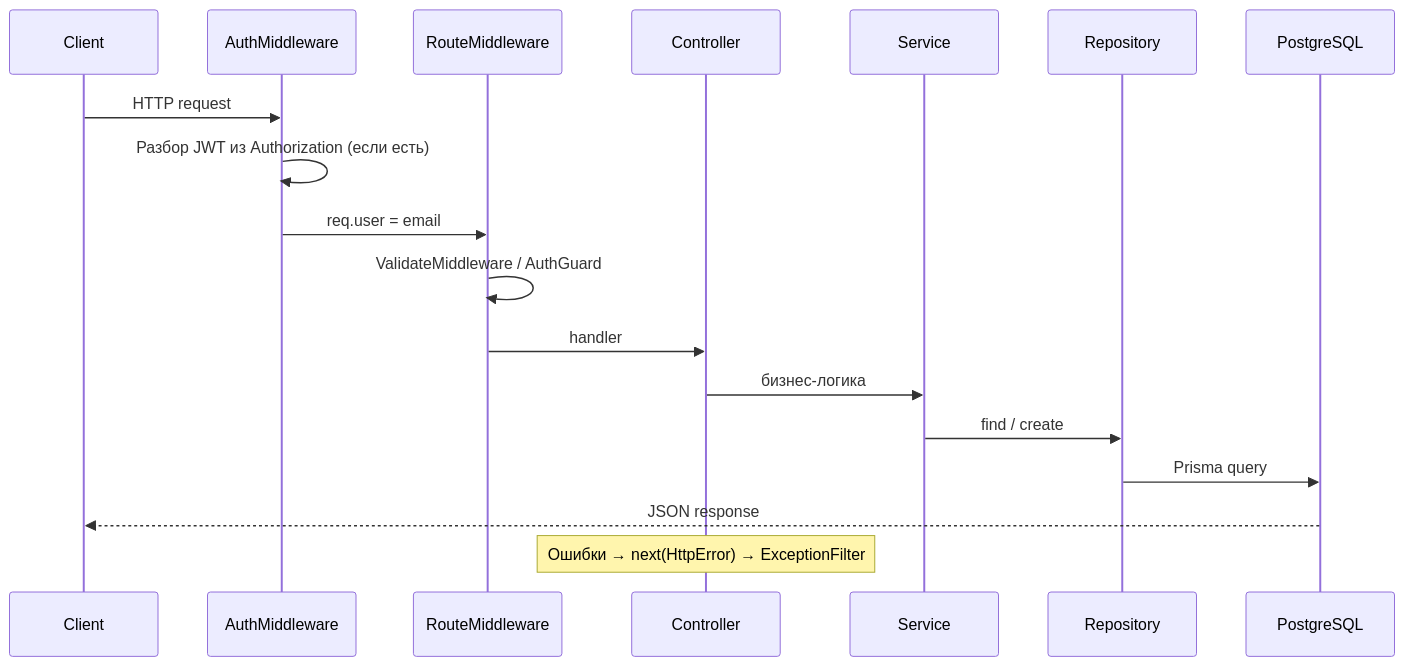
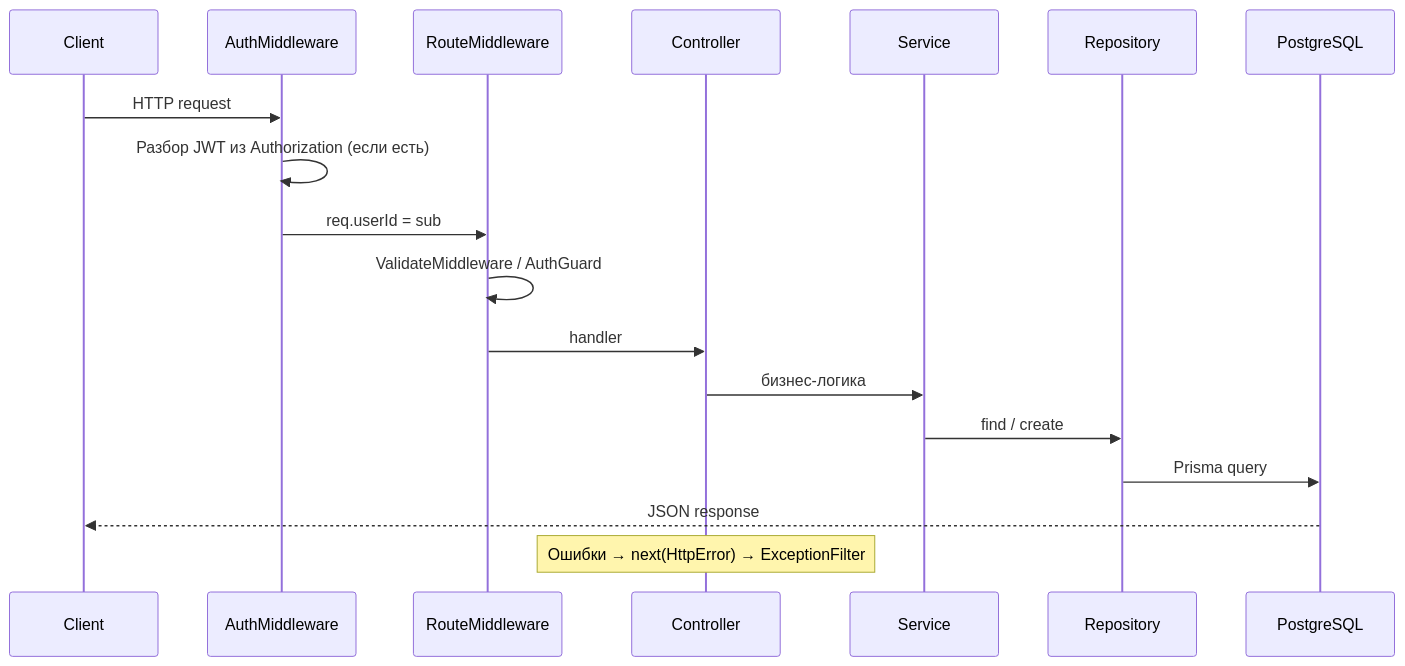
Before and after one commit to olegLobov2802/express-app: the second of 2 diagrams in ARCHITECTURE.md, drawn with Mermaid. The commit also changed other lines of this file and 21 other files, not shown here.

Commit message:
Use JWT sub (user id) as the primary auth identifier.

````diff
--- a/ARCHITECTURE.md
+++ b/ARCHITECTURE.md
@@ -90,21 +90,21 @@
 ```mermaid
 sequenceDiagram
   participant Client
   participant AuthMW as AuthMiddleware
   participant RouteMW as RouteMiddleware
   participant Controller
   participant Service
   participant Repo as Repository
   participant DB as PostgreSQL
 
   Client->>AuthMW: HTTP request
   AuthMW->>AuthMW: Разбор JWT из Authorization (если есть)
-  AuthMW->>RouteMW: req.user = email
+  AuthMW->>RouteMW: req.userId = sub
   RouteMW->>RouteMW: ValidateMiddleware / AuthGuard
   RouteMW->>Controller: handler
   Controller->>Service: бизнес-логика
   Service->>Repo: find / create
   Repo->>DB: Prisma query
   DB-->>Client: JSON response
   Note over Controller: Ошибки → next(HttpError) → ExceptionFilter
 ```
````
